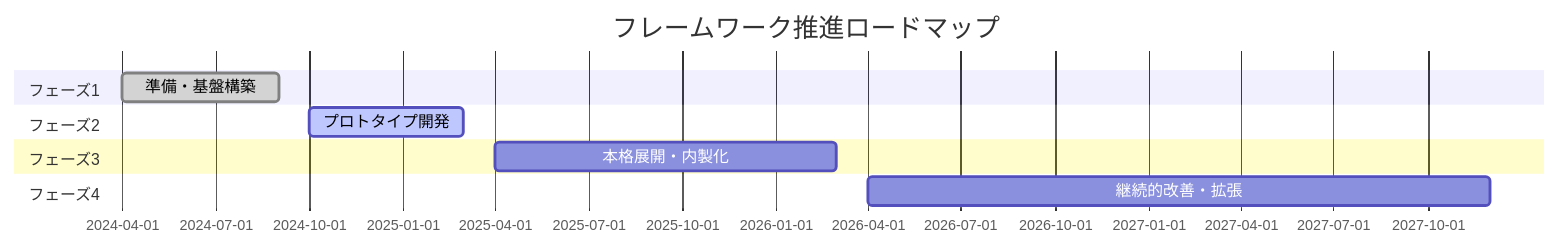
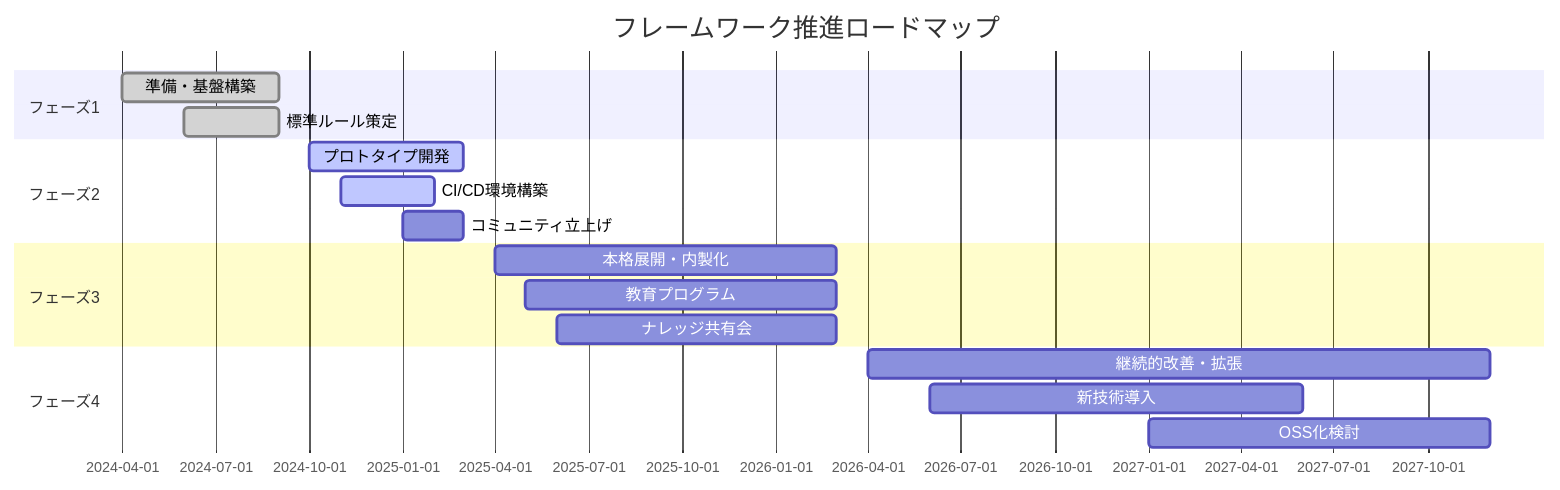
One commit to RyuheiKiso/KisoFramework changed the fifth of 6 diagrams in docs/00_全体/02_構想.md. Above: the diagram before and after it, drawn with Mermaid. The commit also changed other lines of this file, not shown here.

````diff
--- a/docs/00_全体/02_構想.md
+++ b/docs/00_全体/02_構想.md
@@ -187,13 +258,20 @@
 ```mermaid
 gantt
     title フレームワーク推進ロードマップ
     dateFormat  YYYY-MM
     section フェーズ1
     準備・基盤構築      :done,    des1, 2024-04, 2024-09
+    標準ルール策定      :done,    des1b, 2024-06, 2024-09
     section フェーズ2
     プロトタイプ開発    :active,  des2, 2024-10, 2025-03
+    CI/CD環境構築       :active,  des2b, 2024-11, 2025-02
+    コミュニティ立上げ  :         des2c, 2025-01, 2025-03
     section フェーズ3
     本格展開・内製化    :         des3, 2025-04, 2026-03
+    教育プログラム      :         des3b, 2025-05, 2026-03
+    ナレッジ共有会      :         des3c, 2025-06, 2026-03
     section フェーズ4
     継続的改善・拡張    :         des4, 2026-04, 2027-12
+    新技術導入          :         des4b, 2026-06, 2027-06
+    OSS化検討           :         des4c, 2027-01, 2027-12
 ```
````
